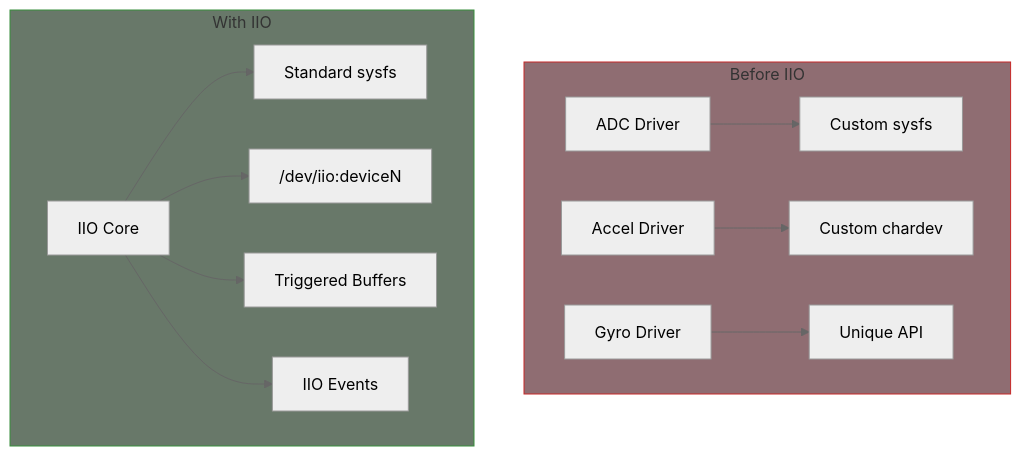
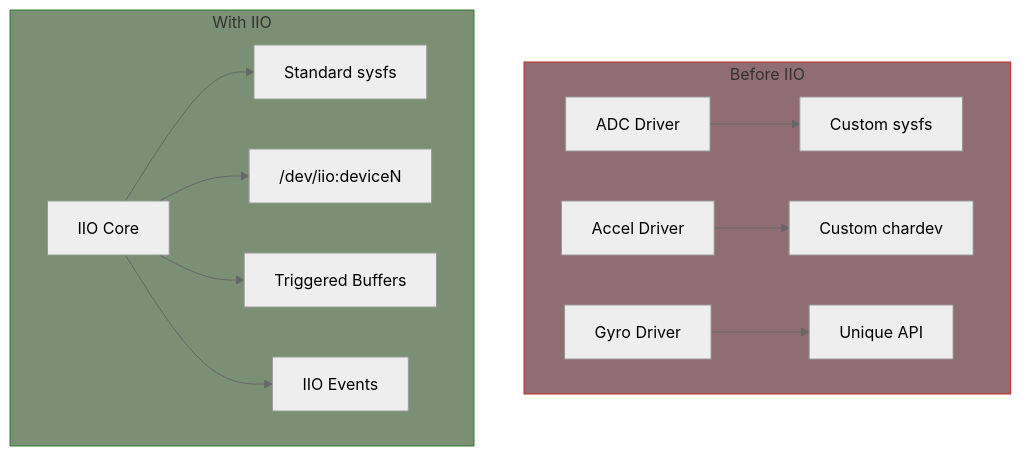
Before and after one commit to MichaelTien8901/linux-driver-guide-tutorial: the first of 2 diagrams in part11/01-iio-subsystem.md, drawn with Mermaid (neutral theme). The commit also changed 36 other files, not shown here.

Commit message:
Fix mermaid diagram colors to use consistent paper-like theme

````diff
--- a/part11/01-iio-subsystem.md
+++ b/part11/01-iio-subsystem.md
@@ -14,31 +14,31 @@
 ```mermaid
 flowchart TB
     subgraph Before["Before IIO"]
         ADC1["ADC Driver"]
         ACCEL1["Accel Driver"]
         GYRO1["Gyro Driver"]
         CUSTOM1["Custom sysfs"]
         CUSTOM2["Custom chardev"]
         CUSTOM3["Unique API"]
     end
 
     subgraph After["With IIO"]
         IIOCORE["IIO Core"]
         SYSFS["Standard sysfs"]
         CHARDEV["/dev/iio:deviceN"]
         BUFFER["Triggered Buffers"]
         EVENTS["IIO Events"]
     end
 
     ADC1 --> CUSTOM1
     ACCEL1 --> CUSTOM2
     GYRO1 --> CUSTOM3
 
     IIOCORE --> SYSFS
     IIOCORE --> CHARDEV
     IIOCORE --> BUFFER
     IIOCORE --> EVENTS
 
     style Before fill:#8f6d72,stroke:#c62828
-    style After fill:#687869,stroke:#388e3c
+    style After fill:#7a8f73,stroke:#2e7d32
 ```
````
